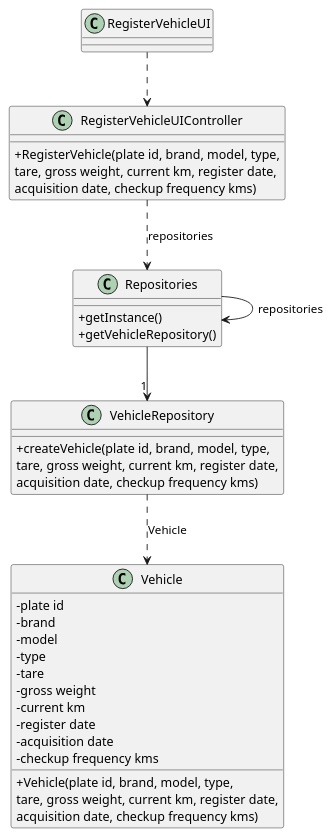
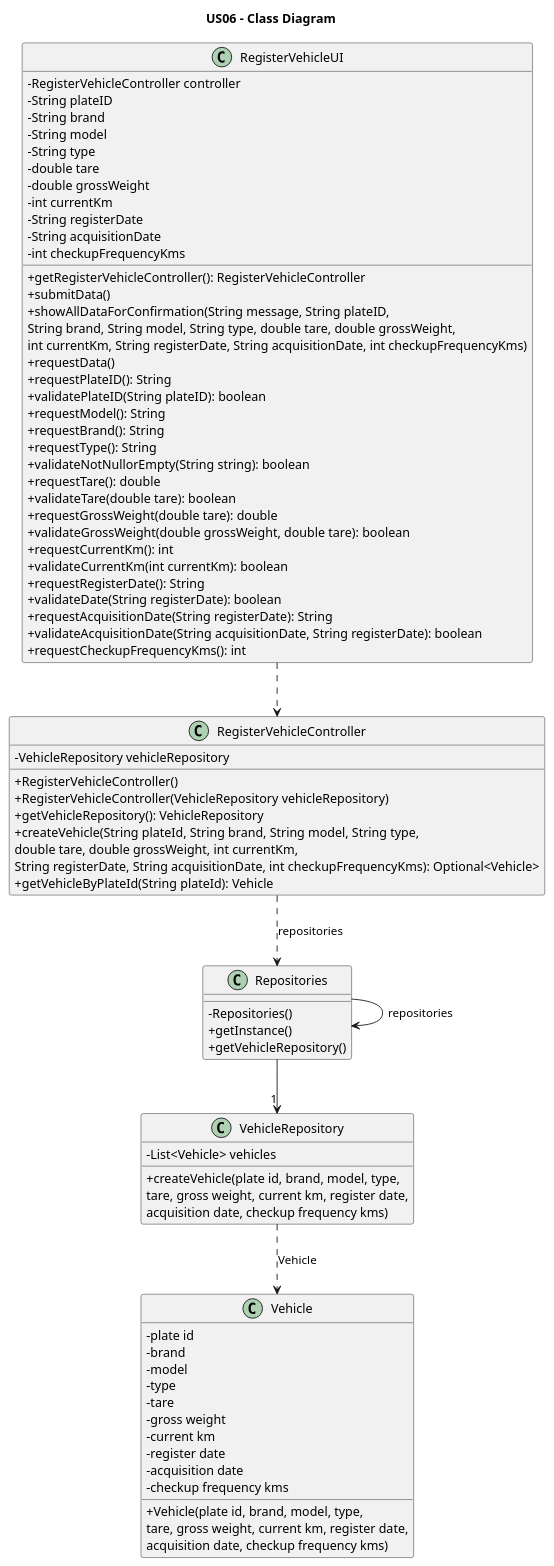
Before and after one commit to Rui-San/LAPR2_2023_2024: the diagram in docs/sprintB/us006/03.design/puml/us006-class-diagram.puml, drawn with PlantUML.

Commit message:
US006: fixed CD

```diff
--- a/docs/sprintB/us006/03.design/puml/us006-class-diagram.puml
+++ b/docs/sprintB/us006/03.design/puml/us006-class-diagram.puml
@@ -1,49 +1,89 @@
 @startuml
 'skinparam monochrome true
 skinparam packageStyle rectangle
 skinparam shadowing false
 skinparam linetype polyline
 'skinparam linetype orto
 
 skinparam classAttributeIconSize 0
 
+Title US06 - Class Diagram
+
 'left to right direction
 
-class RegisterVehicleUI{
-
+class RegisterVehicleUI {
+    -RegisterVehicleController controller
+    -String plateID
+    -String brand
+    -String model
+    -String type
+    -double tare
+    -double grossWeight
+    -int currentKm
+    -String registerDate
+    -String acquisitionDate
+    -int checkupFrequencyKms
+    +getRegisterVehicleController(): RegisterVehicleController
+    +submitData()
+    +showAllDataForConfirmation(String message, String plateID, \nString brand, String model, String type, double tare, double grossWeight, \nint currentKm, String registerDate, String acquisitionDate, int checkupFrequencyKms)
+    +requestData()
+    +requestPlateID(): String
+    +validatePlateID(String plateID): boolean
+    +requestModel(): String
+    +requestBrand(): String
+    +requestType(): String
+    +validateNotNullorEmpty(String string): boolean
+    +requestTare(): double
+    +validateTare(double tare): boolean
+    +requestGrossWeight(double tare): double
+    +validateGrossWeight(double grossWeight, double tare): boolean
+    +requestCurrentKm(): int
+    +validateCurrentKm(int currentKm): boolean
+    +requestRegisterDate(): String
+    +validateDate(String registerDate): boolean
+    +requestAcquisitionDate(String registerDate): String
+    +validateAcquisitionDate(String acquisitionDate, String registerDate): boolean
+    +requestCheckupFrequencyKms(): int
 }
 
-class RegisterVehicleUIController{
-    +RegisterVehicle(plate id, brand, model, type,\ntare, gross weight, current km, register date,\nacquisition date, checkup frequency kms)
+class RegisterVehicleController {
+    -VehicleRepository vehicleRepository
+    +RegisterVehicleController()
+    +RegisterVehicleController(VehicleRepository vehicleRepository)
+    +getVehicleRepository(): VehicleRepository
+    +createVehicle(String plateId, String brand, String model, String type, \ndouble tare, double grossWeight, int currentKm, \nString registerDate, String acquisitionDate, int checkupFrequencyKms): Optional<Vehicle>
+    +getVehicleByPlateId(String plateId): Vehicle
 }
 
 class Repositories{
+    -Repositories()
     +getInstance()
     +getVehicleRepository()
 }
 
 class VehicleRepository{
+    - List<Vehicle> vehicles
     +createVehicle(plate id, brand, model, type,\ntare, gross weight, current km, register date,\nacquisition date, checkup frequency kms)
 }
 
 class Vehicle{
     -plate id
     -brand
     -model
     -type
     -tare
     -gross weight
     -current km
     -register date
     -acquisition date
     -checkup frequency kms
     +Vehicle(plate id, brand, model, type,\ntare, gross weight, current km, register date,\nacquisition date, checkup frequency kms)
 }
 
-RegisterVehicleUI ..> RegisterVehicleUIController
-RegisterVehicleUIController ..> Repositories : repositories
+RegisterVehicleUI ..> RegisterVehicleController
+RegisterVehicleController ..> Repositories : repositories
 Repositories --> Repositories : repositories
 Repositories --> "1" VehicleRepository
 VehicleRepository ..> Vehicle : Vehicle
 
 @enduml
```
